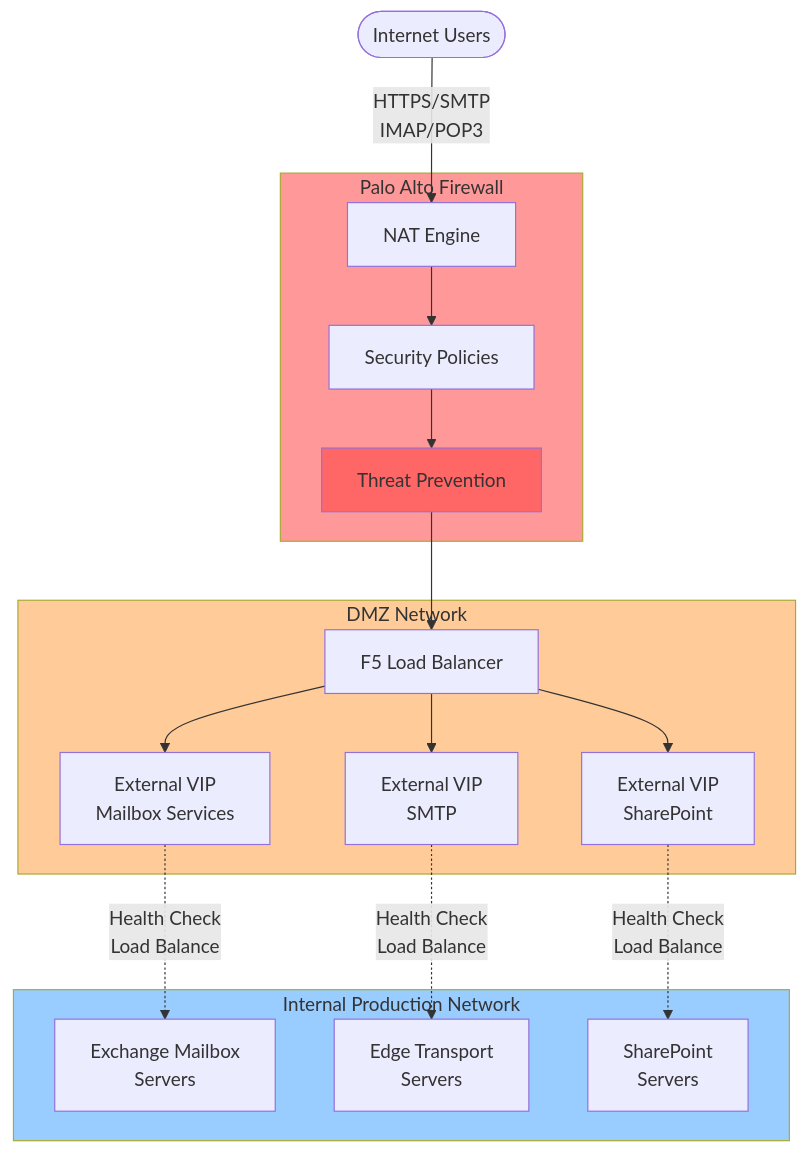
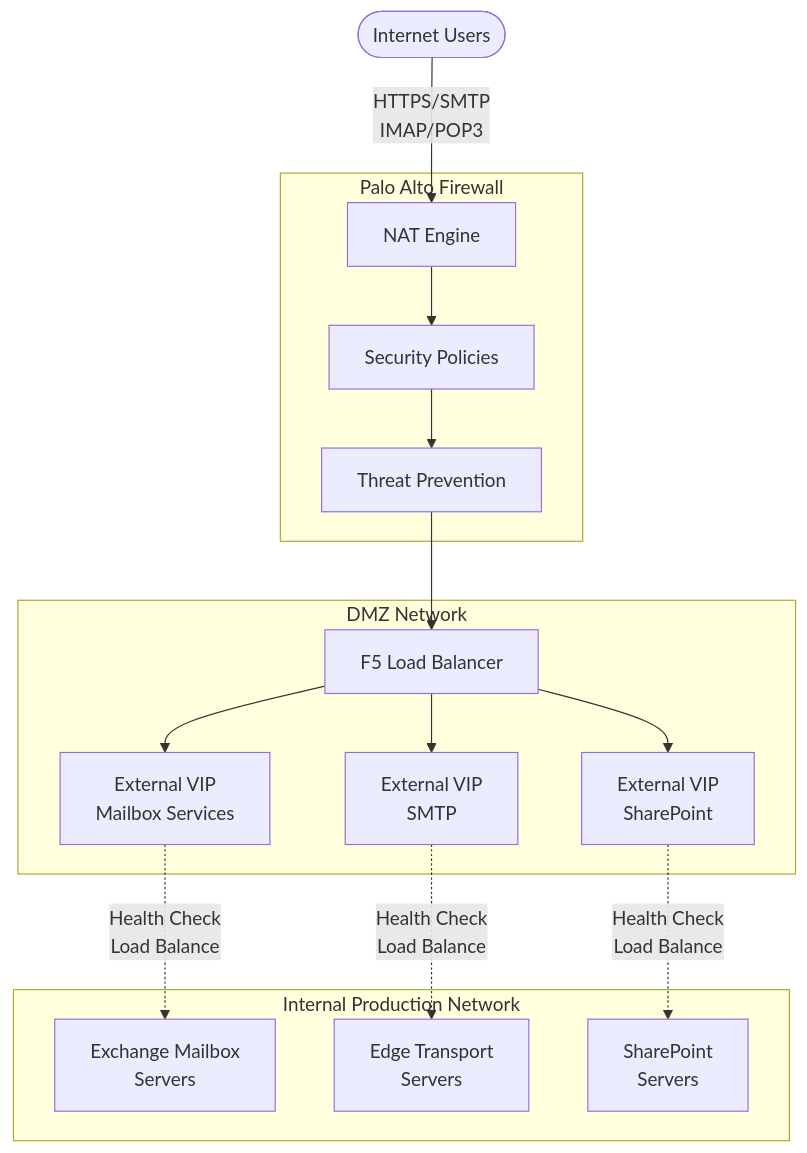
The second of 4 diagrams in TSG/Networking/M365/M365_Network_Design_Implementation_Guide.md (Azure/AzureLocal-Supportability), drawn with Mermaid before and after one commit. The commit also changed other lines of this file, not shown here.

Commit message:
change mermaid diagram color to default to fit for different view color contrast

````diff
--- a/TSG/Networking/M365/M365_Network_Design_Implementation_Guide.md
+++ b/TSG/Networking/M365/M365_Network_Design_Implementation_Guide.md
@@ -421,41 +411,36 @@
 ```mermaid
 flowchart TB
     Internet([Internet Users])
     
     subgraph Firewall["Palo Alto Firewall"]
         FW_NAT[NAT Engine]
         FW_Security[Security Policies]
         FW_Threat[Threat Prevention]
     end
     
     subgraph DMZ["DMZ Network"]
         F5[F5 Load Balancer]
         VIP1[External VIP<br/>Mailbox Services]
         VIP2[External VIP<br/>SMTP]
         VIP3[External VIP<br/>SharePoint]
     end
     
     subgraph Internal["Internal Production Network"]
         Mailbox[Exchange Mailbox<br/>Servers]
         Edge[Edge Transport<br/>Servers]
         SP[SharePoint<br/>Servers]
     end
     
     Internet -->|"HTTPS/SMTP<br/>IMAP/POP3"| FW_NAT
     FW_NAT --> FW_Security
     FW_Security --> FW_Threat
     FW_Threat --> F5
     
     F5 --> VIP1
     F5 --> VIP2
     F5 --> VIP3
     
     VIP1 -.->|Health Check<br/>Load Balance| Mailbox
     VIP2 -.->|Health Check<br/>Load Balance| Edge
     VIP3 -.->|Health Check<br/>Load Balance| SP
-    
-    style Firewall fill:#ff9999
-    style DMZ fill:#ffcc99
-    style Internal fill:#99ccff
-    style FW_Threat fill:#ff6666
 ```
````
